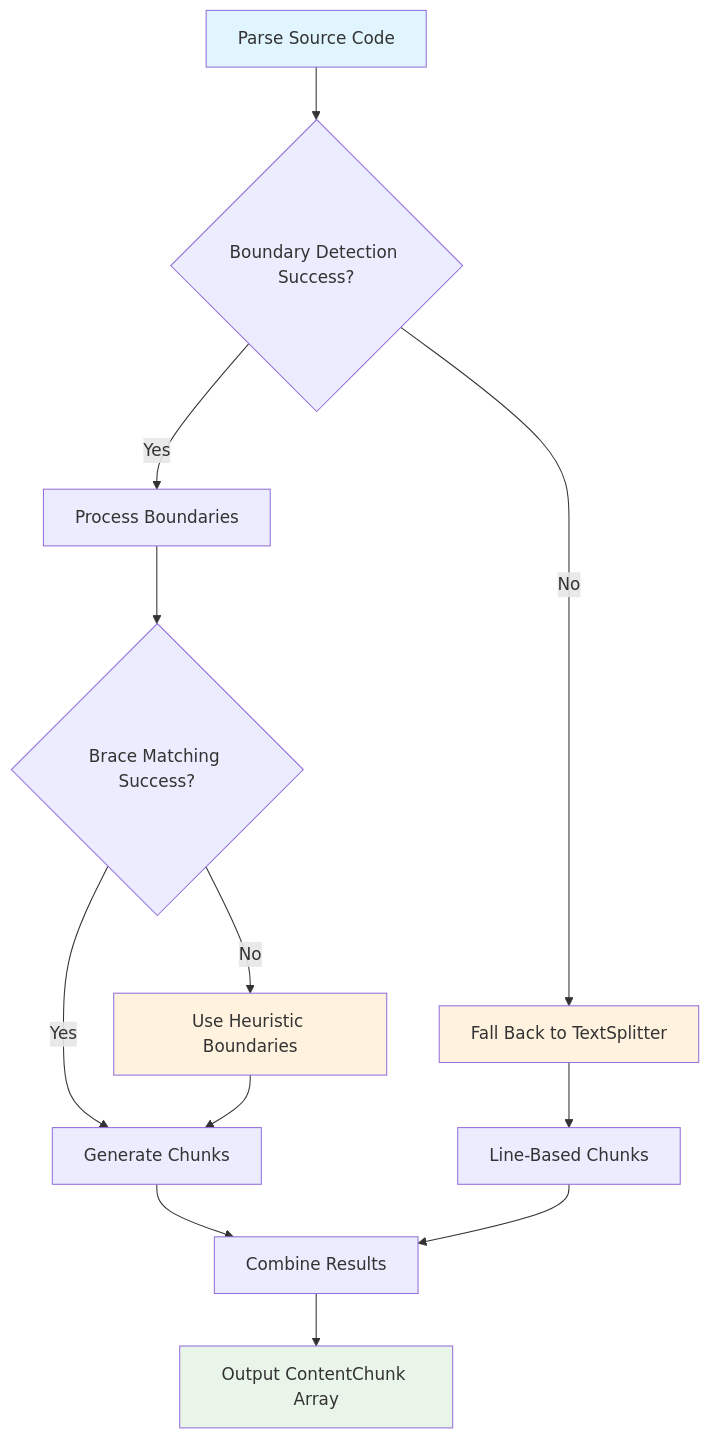
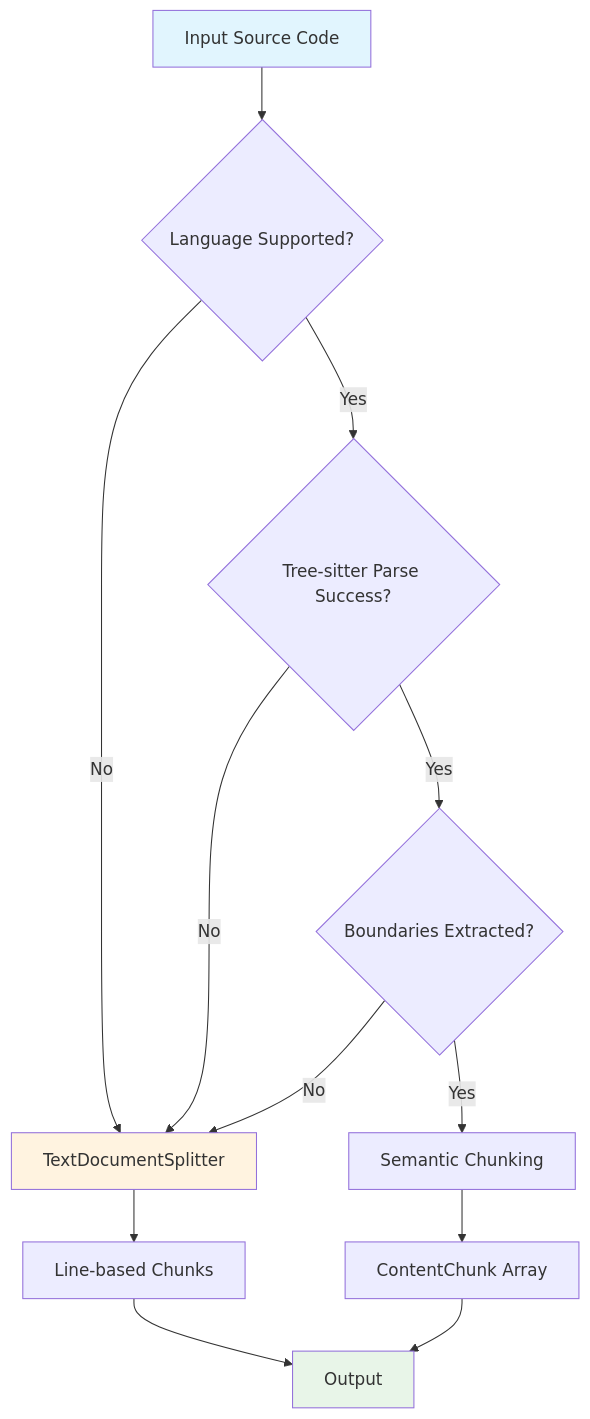
One commit to arabold/docs-mcp-server changed the fifth of 6 diagrams in docs/source-code-splitter.md. Above: the diagram before and after it, drawn with Mermaid. The commit also changed other lines of this file and 2 other files, not shown here.

Commit message:
docs(splitter): enhance Source Code Splitter documentation and clarify chunking strategy

````diff
--- a/docs/source-code-splitter.md
+++ b/docs/source-code-splitter.md
@@ -319,19 +202,19 @@
 ```mermaid
 graph TD
-    A[Parse Source Code] --> B{Boundary Detection Success?}
-    B -->|Yes| C[Process Boundaries]
-    B -->|No| D[Fall Back to TextSplitter]
-    C --> E{Brace Matching Success?}
-    E -->|Yes| F[Generate Chunks]
-    E -->|No| G[Use Heuristic Boundaries]
-    G --> F
-    D --> H[Line-Based Chunks]
-    F --> I[Combine Results]
+    A[Input Source Code] --> B{Language Supported?}
+    B -->|No| C[TextDocumentSplitter]
+    B -->|Yes| D{Tree-sitter Parse Success?}
+    D -->|No| C
+    D -->|Yes| E{Boundaries Extracted?}
+    E -->|No| C
+    E -->|Yes| F[Semantic Chunking]
+
+    F --> G[ContentChunk Array]
+    C --> H[Line-based Chunks]
+    G --> I[Output]
     H --> I
-    I --> J[Output ContentChunk Array]
 
     style A fill:#e1f5fe
-    style J fill:#e8f5e8
-    style D fill:#fff3e0
-    style G fill:#fff3e0
+    style I fill:#e8f5e8
+    style C fill:#fff3e0
 ```
````
